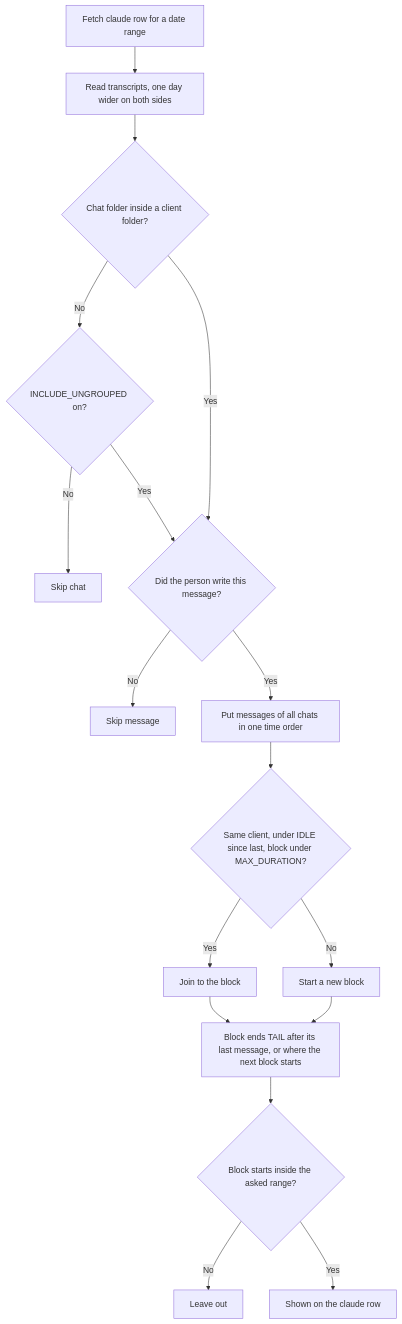
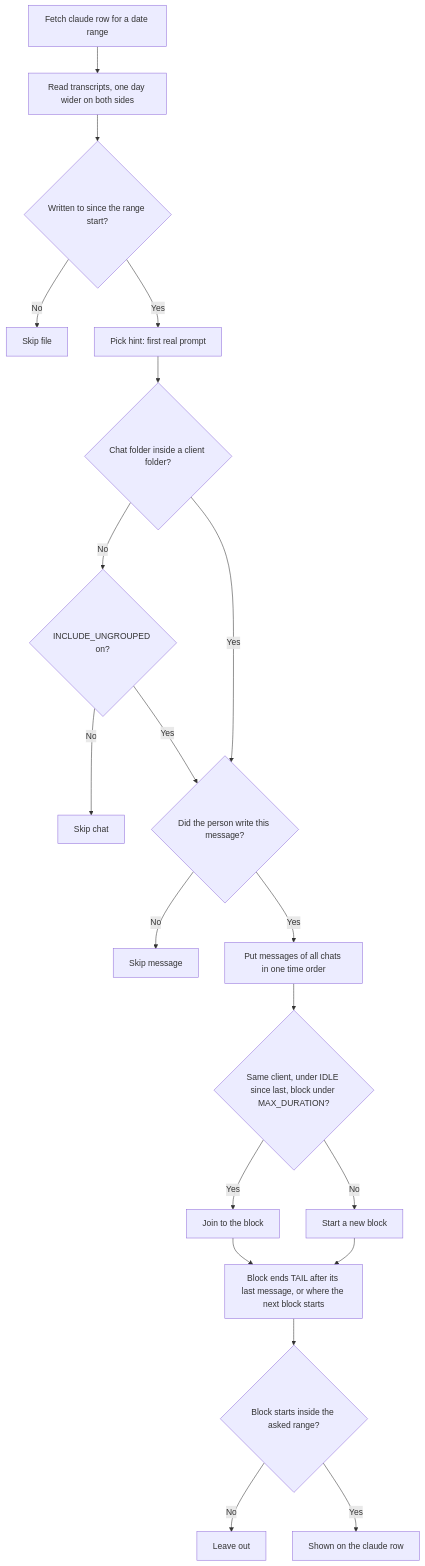
Before and after one commit to eerovil/TrackLater: the diagram in docs/diagrams/claude-chats.md, drawn with Mermaid. The commit also changed other lines of this file and 2 other files, not shown here.

Commit message:
claude module: narrower deck prefixes, skip wrappers without the person's words
Refs #51

````diff
--- a/docs/diagrams/claude-chats.md
+++ b/docs/diagrams/claude-chats.md
@@ -8,25 +8,28 @@
 ```mermaid
 flowchart TD
     A[Fetch claude row for a date range] --> B[Read transcripts, one day wider on both sides]
-    B --> F{Chat folder inside a client folder?}
+    B --> W{Written to since the range start?}
+    W -- No --> X1[Skip file]
+    W -- Yes --> HI[Pick hint: first real prompt]
+    HI --> F{Chat folder inside a client folder?}
     F -- No --> H{INCLUDE_UNGROUPED on?}
     H -- No --> X2[Skip chat]
     H -- Yes --> P
     F -- Yes --> P{Did the person write this message?}
     P -- No --> X3[Skip message]
     P -- Yes --> M[Put messages of all chats in one time order]
     M --> S{Same client, under IDLE since last, block under MAX_DURATION?}
     S -- Yes --> J[Join to the block]
     S -- No --> N[Start a new block]
     J --> E[Block ends TAIL after its last message, or where the next block starts]
     N --> E
     E --> R{Block starts inside the asked range?}
     R -- No --> X4[Leave out]
     R -- Yes --> L[Shown on the claude row]
 
-    class A,B teal
-    class F,H,P,S,R amber
+    class A,B,HI teal
+    class W,F,H,P,S,R amber
     class M,J,N,E blue
     class L green
-    class X2,X3,X4 rose
+    class X1,X2,X3,X4 rose
 ```
````
